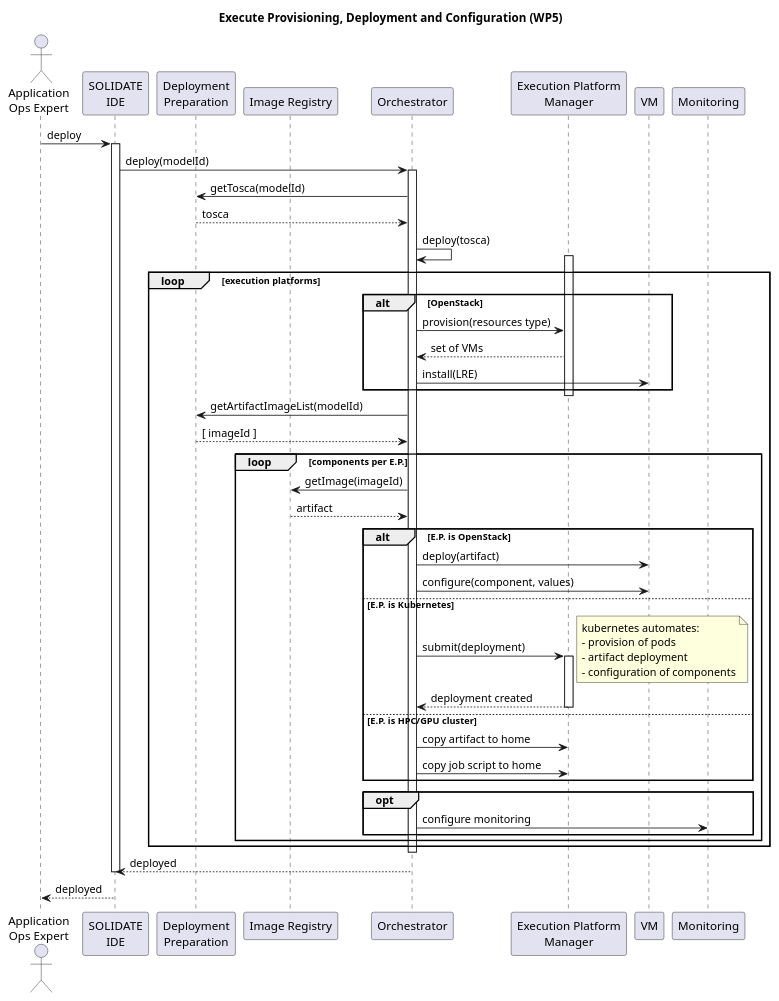
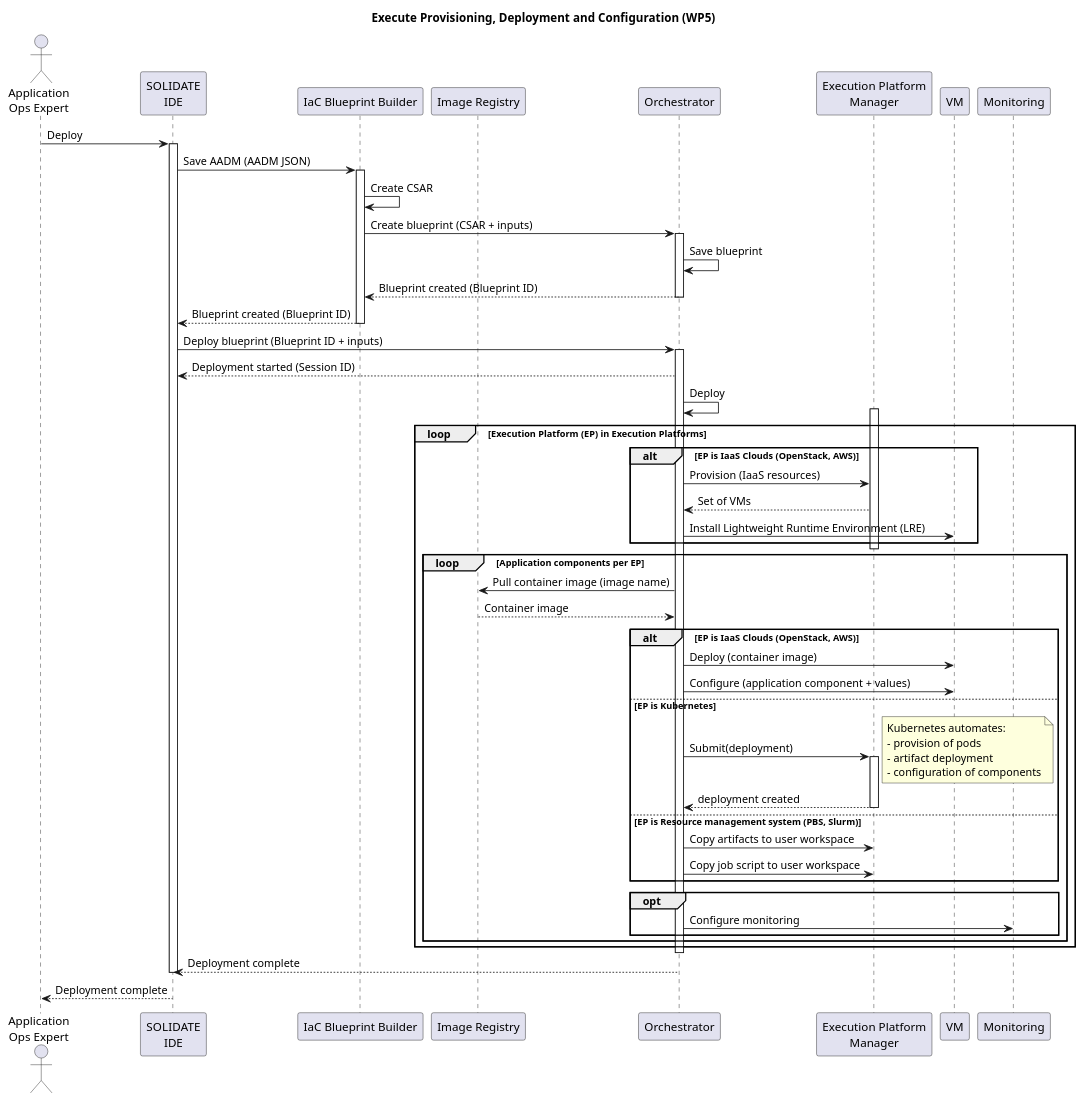
The diagram in uml/sequence-diagrams/UC-06-ExecuteProvisioningDeploymentAndConfiguration-WP5.puml (SODALITE-EU/project-wide-documentation), drawn with PlantUML before and after one commit. The commit also changed 2 other files, not shown here.

Commit message:
orchestrator (re-)deployment UC updates

```diff
--- a/uml/sequence-diagrams/UC-06-ExecuteProvisioningDeploymentAndConfiguration-WP5.puml
+++ b/uml/sequence-diagrams/UC-06-ExecuteProvisioningDeploymentAndConfiguration-WP5.puml
@@ -1,82 +1,81 @@
 @startuml
 
 title Execute Provisioning, Deployment and Configuration (WP5)
 
 actor "Application\nOps Expert" as ops
 participant "SOLIDATE\nIDE" as ide
-participant "Deployment\nPreparation" as dprep
+participant "IaC Blueprint Builder" as builder
 participant "Image Registry" as imagereg
-'box "Runtime Layer"
 participant  Orchestrator as orch
 participant "Execution Platform\nManager" as res
 participant "VM" as VM
-'participant "Pod" as pod
 participant "Monitoring" as mon
-'end box
 
 
-ops->ide: deploy
+ops->ide: Deploy
 activate ide
-ide->orch: deploy(modelId)
+ide->builder: Save AADM (AADM JSON)
+activate builder
+builder->builder: Create CSAR
+builder->orch: Create blueprint (CSAR + inputs)
 activate orch
-orch->dprep: getTosca(modelId)
-dprep-->orch: tosca
-orch->orch: deploy(tosca)
+orch->orch: Save blueprint
+orch-->builder: Blueprint created (Blueprint ID)
+deactivate orch
+builder-->ide: Blueprint created (Blueprint ID)
+deactivate builder
 
-loop execution platforms
+ide->orch: Deploy blueprint (Blueprint ID + inputs)
+activate orch
+orch-->ide: Deployment started (Session ID)
+orch->orch: Deploy
+
+loop Execution Platform (EP) in Execution Platforms
+
   activate res
-  alt OpenStack
-    orch->res: provision(resources type)
-    res-->orch: set of VMs
-    orch->VM: install(LRE)
-  'else HPC/GPU
-  '  orch->res: ?
-  'else Kubernetes
-  '  orch->res: create K8S project
-  '  res-->orch: created
+  alt EP is IaaS Clouds (OpenStack, AWS)
+    orch->res: Provision (IaaS resources)
+    res-->orch: Set of VMs
+    orch->VM: Install Lightweight Runtime Environment (LRE)
   end
   deactivate res
-  orch->dprep: getArtifactImageList(modelId)
-  dprep-->orch: [ imageId ]
-  loop components per E.P.
-    orch->imagereg: getImage(imageId)
-    imagereg-->orch: artifact
-    ' install artefact
-    alt E.P. is OpenStack
-      orch->VM: deploy(artifact)
-      orch->VM: configure(component, values)
-    else E.P. is Kubernetes
-      orch->res: submit(deployment)
 
+  loop Application components per EP
+
+    orch->imagereg: Pull container image (image name)
+    imagereg-->orch: Container image
+
+    alt EP is IaaS Clouds (OpenStack, AWS)
+      orch->VM: Deploy (container image)
+      orch->VM: Configure (application component + values)
+    else EP is Kubernetes
+      orch->res: Submit(deployment)
       activate res
-        'res->pod: provision(pods)
-        'res->pod: deploy(artefact)
-        'res->pod: configure(component, values)
-        'pod-->res: status=ACTIVE
         note right
-          kubernetes automates:
+          Kubernetes automates:
           - provision of pods
           - artifact deployment
           - configuration of components
         end note
         res-->orch: deployment created
-
       deactivate res
 
-    else E.P. is HPC/GPU cluster
-      orch->res: copy artifact to home
-      orch->res: copy job script to home
+    else EP is Resource management system (PBS, Slurm)
+      orch->res: Copy artifacts to user workspace
+      orch->res: Copy job script to user workspace
     end
+
     opt
-      orch->mon: configure monitoring
+      orch->mon: Configure monitoring
     end
+
   end
 end
 deactivate orch
 
-orch-->ide: deployed
+orch-->ide: Deployment complete
 deactivate ide
 
-ide-->ops: deployed
+ide-->ops: Deployment complete
 
 @enduml
```
